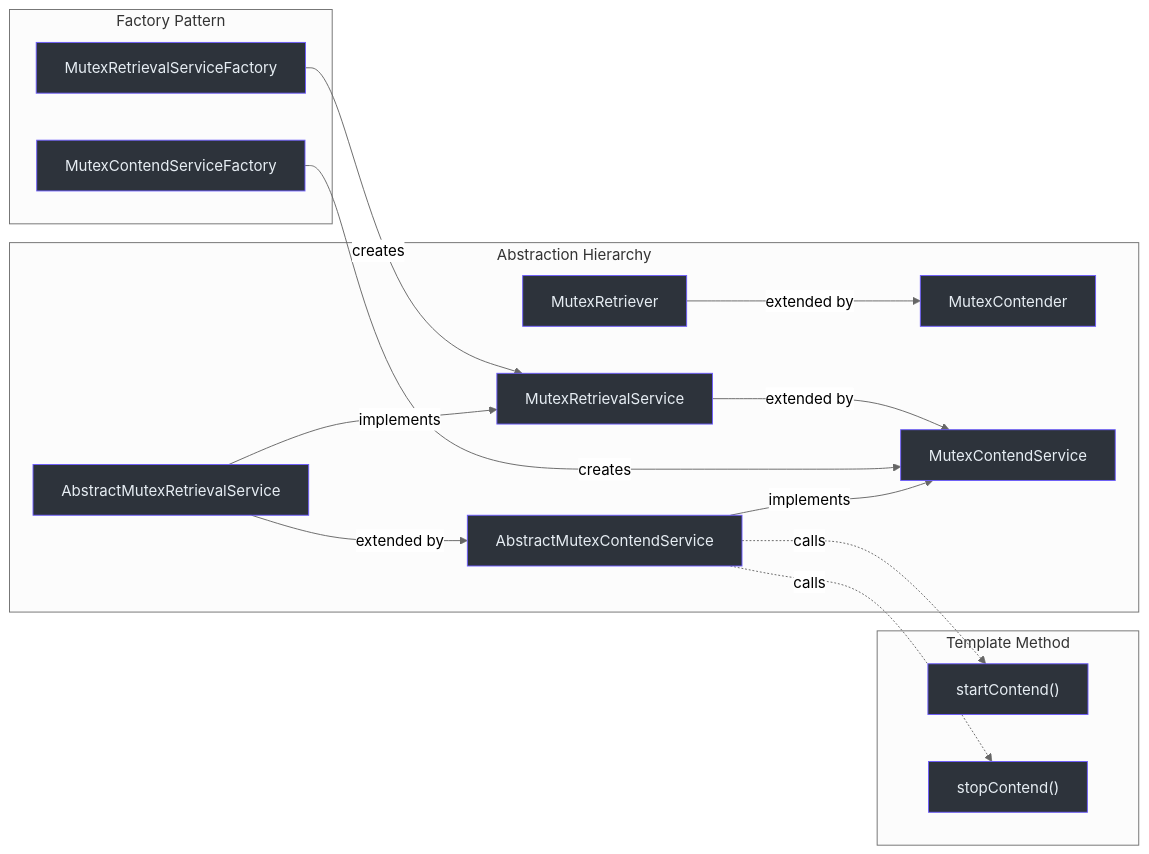
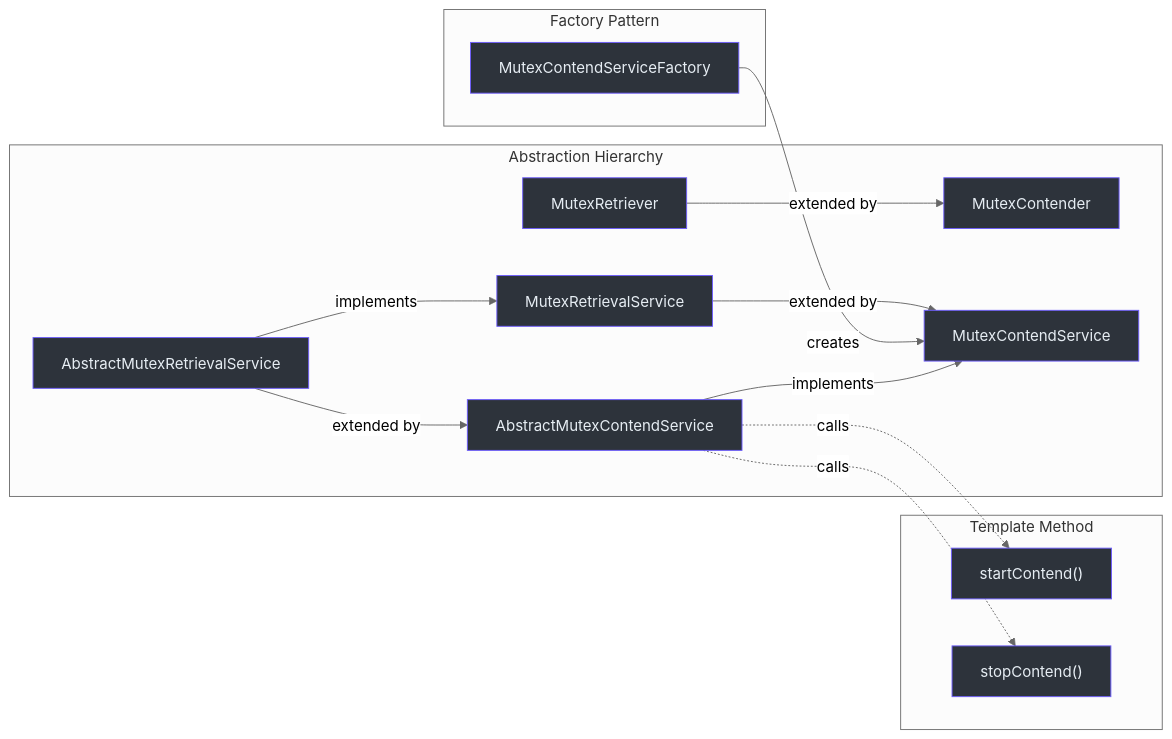
Before and after one commit to Ahoo-Wang/Simba: the fourth of 4 diagrams in wiki/zh/api/core-interfaces.md, drawn with Mermaid (neutral theme). The commit also changed other lines of this file and 35 other files, not shown here.

````diff
--- a/wiki/zh/api/core-interfaces.md
+++ b/wiki/zh/api/core-interfaces.md
@@ -453,32 +439,30 @@
 ```mermaid
 graph LR
     subgraph sg_59 ["Abstraction Hierarchy"]
 
         R["MutexRetriever"] -->|"extended by"| C["MutexContender"]
         RS["MutexRetrievalService"] -->|"extended by"| CS["MutexContendService"]
         ARS["AbstractMutexRetrievalService"] -->|"extended by"| ACS["AbstractMutexContendService"]
     end
     subgraph sg_60 ["Factory Pattern"]
 
-        RF["MutexRetrievalServiceFactory"] -->|"creates"| RS
         CF["MutexContendServiceFactory"] -->|"creates"| CS
     end
     subgraph sg_61 ["Template Method"]
 
         ACS -->|"implements"| CS
         ARS -->|"implements"| RS
         ACS -.->|"calls"| SC["startContend()"]
         ACS -.->|"calls"| STC["stopContend()"]
     end
 
     style R fill:#2d333b,stroke:#6d5dfc,color:#e6edf3
     style C fill:#2d333b,stroke:#6d5dfc,color:#e6edf3
     style RS fill:#2d333b,stroke:#6d5dfc,color:#e6edf3
     style CS fill:#2d333b,stroke:#6d5dfc,color:#e6edf3
     style ARS fill:#2d333b,stroke:#6d5dfc,color:#e6edf3
     style ACS fill:#2d333b,stroke:#6d5dfc,color:#e6edf3
-    style RF fill:#2d333b,stroke:#6d5dfc,color:#e6edf3
     style CF fill:#2d333b,stroke:#6d5dfc,color:#e6edf3
     style SC fill:#2d333b,stroke:#6d5dfc,color:#e6edf3
     style STC fill:#2d333b,stroke:#6d5dfc,color:#e6edf3
 ```
````
